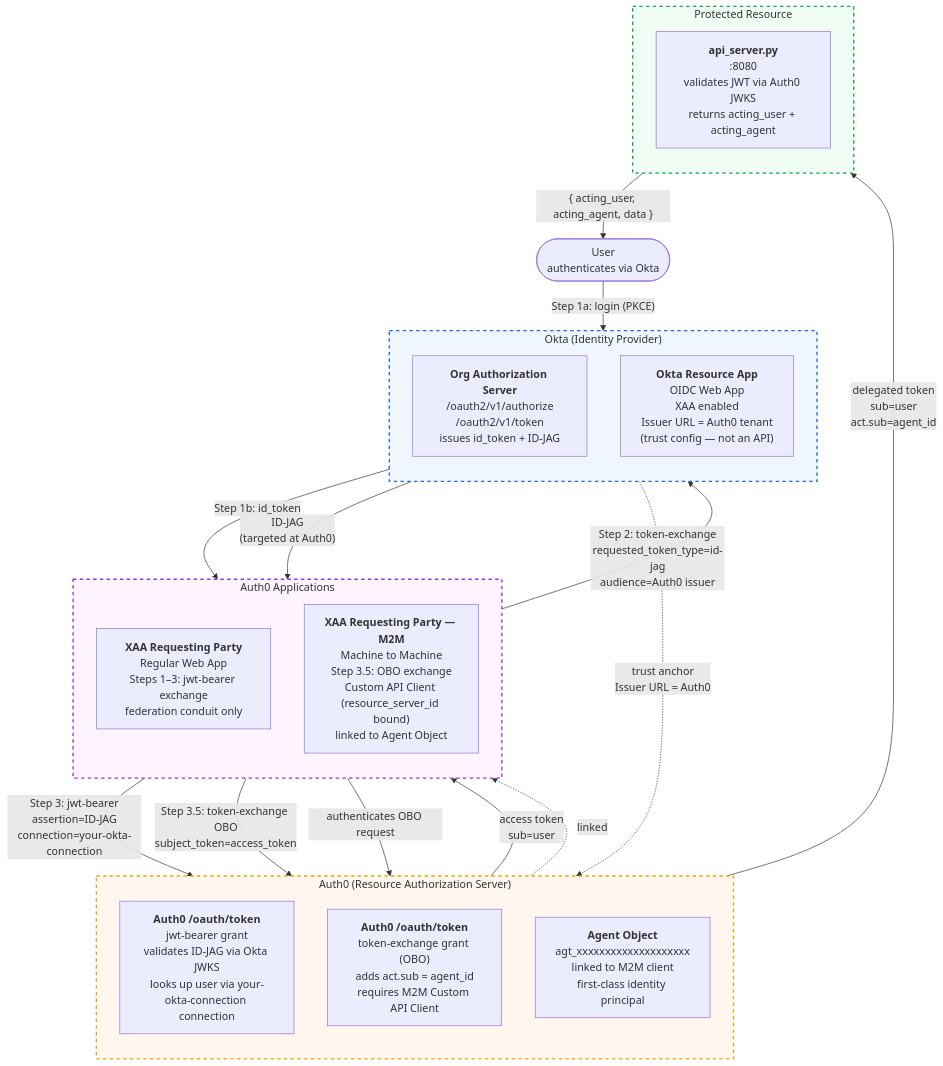
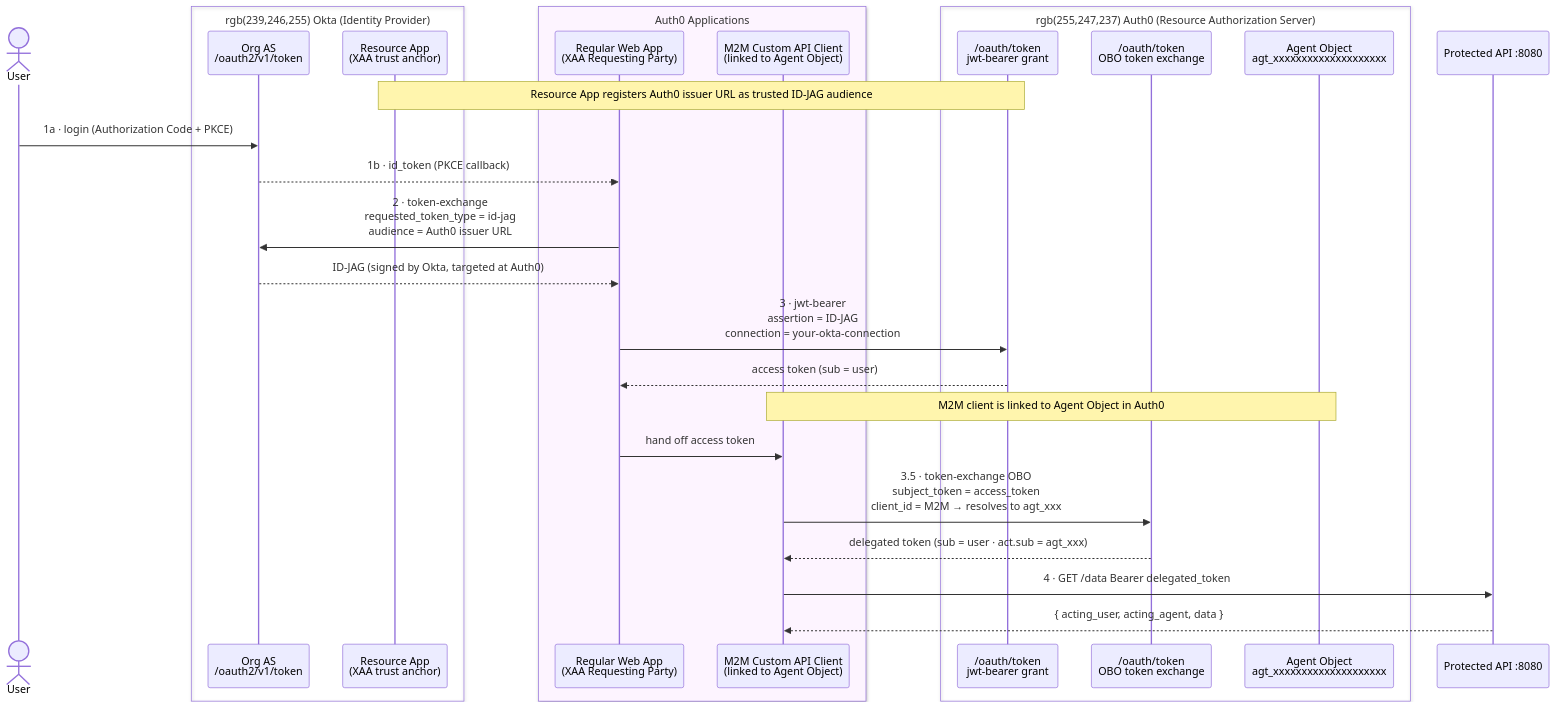
One commit to patilkapil/a0_xaa_agent_principal changed the diagram in README.md. Above: the diagram before and after it, drawn with Mermaid.

Commit message:
Updating the mermaid diagram

````diff
--- a/README.md
+++ b/README.md
@@ -35,51 +35,41 @@
 ```mermaid
-flowchart TB
-    USER(["User<br/>authenticates via Okta"])
+sequenceDiagram
+    actor User
 
-    subgraph OKTA["Okta (Identity Provider)"]
-        direction TB
-        OKTA_AS["<b>Org Authorization Server</b><br/>/oauth2/v1/authorize<br/>/oauth2/v1/token<br/>issues id_token + ID-JAG"]
-        OKTA_RES["<b>Okta Resource App</b><br/>OIDC Web App<br/>XAA enabled<br/>Issuer URL = Auth0 tenant<br/>(trust config — not an API)"]
+    box rgb(239,246,255) Okta (Identity Provider)
+        participant OrgAS as Org AS<br/>/oauth2/v1/token
+        participant ResApp as Resource App<br/>(XAA trust anchor)
     end
 
-    subgraph AUTH0["Auth0 (Resource Authorization Server)"]
-        direction TB
-        AUTH0_AS["<b>Auth0 /oauth/token</b><br/>jwt-bearer grant<br/>validates ID-JAG via Okta JWKS<br/>looks up user via your-okta-connection connection"]
-        AUTH0_OBO["<b>Auth0 /oauth/token</b><br/>token-exchange grant (OBO)<br/>adds act.sub = agent_id<br/>requires M2M Custom API Client"]
-        AUTH0_AGENT["<b>Agent Object</b><br/>agt_xxxxxxxxxxxxxxxxxxxx<br/>linked to M2M client<br/>first-class identity principal"]
+    box rgb(253,244,255) Auth0 Applications
+        participant RWA as Regular Web App<br/>(XAA Requesting Party)
+        participant M2M as M2M Custom API Client<br/>(linked to Agent Object)
     end
 
-    subgraph CLIENTS["Auth0 Applications"]
-        direction TB
-        WEBAPP["<b>XAA Requesting Party</b><br/>Regular Web App<br/>Steps 1–3: jwt-bearer exchange<br/>federation conduit only"]
-        M2M["<b>XAA Requesting Party — M2M</b><br/>Machine to Machine<br/>Step 3.5: OBO exchange<br/>Custom API Client (resource_server_id bound)<br/>linked to Agent Object"]
+    box rgb(255,247,237) Auth0 (Resource Authorization Server)
+        participant A0JWT as /oauth/token<br/>jwt-bearer grant
+        participant A0OBO as /oauth/token<br/>OBO token exchange
+        participant Agent as Agent Object<br/>agt_xxxxxxxxxxxxxxxxxxxx
     end
 
-    subgraph API["Protected Resource"]
-        direction TB
-        APISVR["<b>api_server.py</b><br/>:8080<br/>validates JWT via Auth0 JWKS<br/>returns acting_user + acting_agent"]
-    end
+    participant API as Protected API :8080
 
-    USER -- "Step 1a: login (PKCE)" --> OKTA_AS
-    OKTA_AS -- "Step 1b: id_token" --> WEBAPP
-    WEBAPP -- "Step 2: token-exchange\nrequested_token_type=id-jag\naudience=Auth0 issuer" --> OKTA_AS
-    OKTA_AS -- "ID-JAG\n(targeted at Auth0)" --> WEBAPP
-    WEBAPP -- "Step 3: jwt-bearer\nassertion=ID-JAG\nconnection=your-okta-connection" --> AUTH0_AS
-    AUTH0_AS -- "access token\nsub=user" --> WEBAPP
-    WEBAPP -- "Step 3.5: token-exchange OBO\nsubject_token=access_token" --> AUTH0_OBO
-    AUTH0_AGENT -. "linked" .-> M2M
-    M2M -- "authenticates OBO request" --> AUTH0_OBO
-    AUTH0_OBO -- "delegated token\nsub=user\nact.sub=agent_id" --> APISVR
-    APISVR -- "{ acting_user, acting_agent, data }" --> USER
+    Note over ResApp,A0JWT: Resource App registers Auth0 issuer URL as trusted ID-JAG audience
 
-    OKTA_RES -. "trust anchor\nIssuer URL = Auth0" .-> AUTH0_AS
+    User->>OrgAS: 1a · login (Authorization Code + PKCE)
+    OrgAS-->>RWA: 1b · id_token (PKCE callback)
 
-    classDef okta fill:#EFF6FF,stroke:#2563EB,stroke-width:2px,stroke-dasharray:5 5
-    classDef auth0 fill:#FFF7ED,stroke:#F59E0B,stroke-width:2px,stroke-dasharray:5 5
-    classDef api fill:#F0FDF4,stroke:#16A34A,stroke-width:2px,stroke-dasharray:5 5
-    classDef clients fill:#FDF4FF,stroke:#9333EA,stroke-width:2px,stroke-dasharray:5 5
-    class OKTA okta
-    class AUTH0 auth0
-    class API api
-    class CLIENTS clients
+    RWA->>OrgAS: 2 · token-exchange<br/>requested_token_type = id-jag<br/>audience = Auth0 issuer URL
+    OrgAS-->>RWA: ID-JAG (signed by Okta, targeted at Auth0)
+
+    RWA->>A0JWT: 3 · jwt-bearer<br/>assertion = ID-JAG<br/>connection = your-okta-connection
+    A0JWT-->>RWA: access token (sub = user)
+
+    Note over M2M,Agent: M2M client is linked to Agent Object in Auth0
+    RWA->>M2M: hand off access token
+    M2M->>A0OBO: 3.5 · token-exchange OBO<br/>subject_token = access_token<br/>client_id = M2M → resolves to agt_xxx
+    A0OBO-->>M2M: delegated token (sub = user · act.sub = agt_xxx)
+
+    M2M->>API: 4 · GET /data  Bearer delegated_token
+    API-->>M2M: { acting_user, acting_agent, data }
 ```
````
